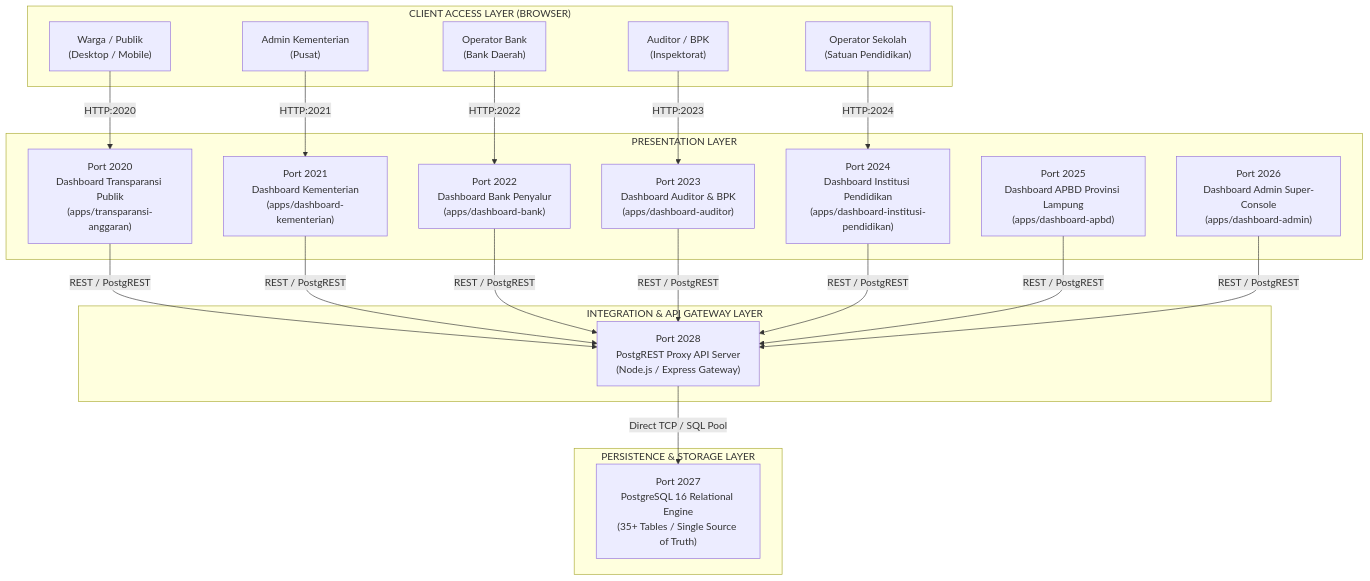
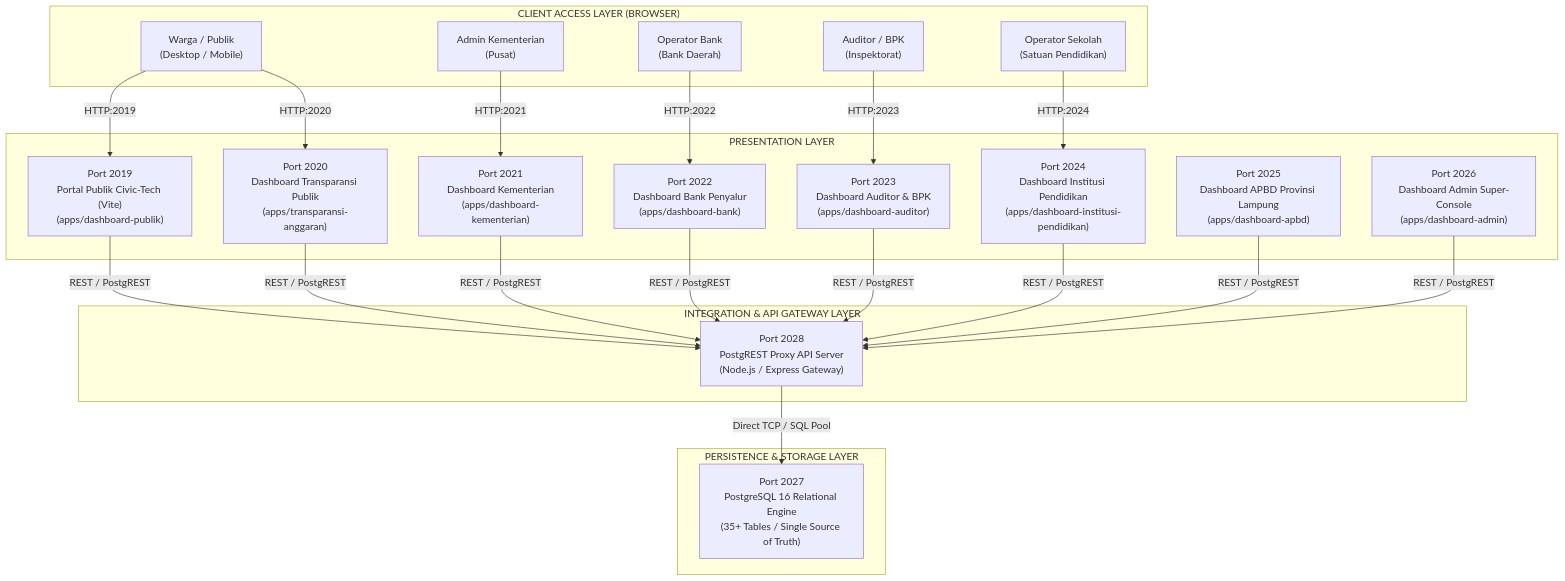
The first of 2 diagrams in TOPOLOGY.md (adimaryanto-stack/integrated-blockchain), drawn with Mermaid before and after one commit. The commit also changed 172 other files, not shown here.

Commit message:
feat: include dashboard-publik port 2019, update docs, startup scripts, and clean cache

````diff
--- a/TOPOLOGY.md
+++ b/TOPOLOGY.md
@@ -8,44 +8,47 @@
 ```mermaid
 graph TD
     subgraph "CLIENT ACCESS LAYER (BROWSER)"
         ClientPublik["Warga / Publik<br/>(Desktop / Mobile)"]
         ClientKemen["Admin Kementerian<br/>(Pusat)"]
         ClientBank["Operator Bank<br/>(Bank Daerah)"]
         ClientAudit["Auditor / BPK<br/>(Inspektorat)"]
         ClientSekolah["Operator Sekolah<br/>(Satuan Pendidikan)"]
     end
 
     subgraph "PRESENTATION LAYER"
+        Port2019["Port 2019<br/>Portal Publik Civic-Tech (Vite)<br/>(apps/dashboard-publik)"]
         Port2020["Port 2020<br/>Dashboard Transparansi Publik<br/>(apps/transparansi-anggaran)"]
         Port2021["Port 2021<br/>Dashboard Kementerian<br/>(apps/dashboard-kementerian)"]
         Port2022["Port 2022<br/>Dashboard Bank Penyalur<br/>(apps/dashboard-bank)"]
         Port2023["Port 2023<br/>Dashboard Auditor & BPK<br/>(apps/dashboard-auditor)"]
         Port2024["Port 2024<br/>Dashboard Institusi Pendidikan<br/>(apps/dashboard-institusi-pendidikan)"]
         Port2025["Port 2025<br/>Dashboard APBD Provinsi Lampung<br/>(apps/dashboard-apbd)"]
         Port2026["Port 2026<br/>Dashboard Admin Super-Console<br/>(apps/dashboard-admin)"]
     end
 
     subgraph "INTEGRATION & API GATEWAY LAYER"
         Port2028["Port 2028<br/>PostgREST Proxy API Server<br/>(Node.js / Express Gateway)"]
     end
 
     subgraph "PERSISTENCE & STORAGE LAYER"
         Port2027["Port 2027<br/>PostgreSQL 16 Relational Engine<br/>(35+ Tables / Single Source of Truth)"]
     end
 
+    ClientPublik -->|HTTP:2019| Port2019
     ClientPublik -->|HTTP:2020| Port2020
     ClientKemen -->|HTTP:2021| Port2021
     ClientBank -->|HTTP:2022| Port2022
     ClientAudit -->|HTTP:2023| Port2023
     ClientSekolah -->|HTTP:2024| Port2024
 
+    Port2019 -->|REST / PostgREST| Port2028
     Port2020 -->|REST / PostgREST| Port2028
     Port2021 -->|REST / PostgREST| Port2028
     Port2022 -->|REST / PostgREST| Port2028
     Port2023 -->|REST / PostgREST| Port2028
     Port2024 -->|REST / PostgREST| Port2028
     Port2025 -->|REST / PostgREST| Port2028
     Port2026 -->|REST / PostgREST| Port2028
 
     Port2028 -->|Direct TCP / SQL Pool| Port2027
 ```
````
